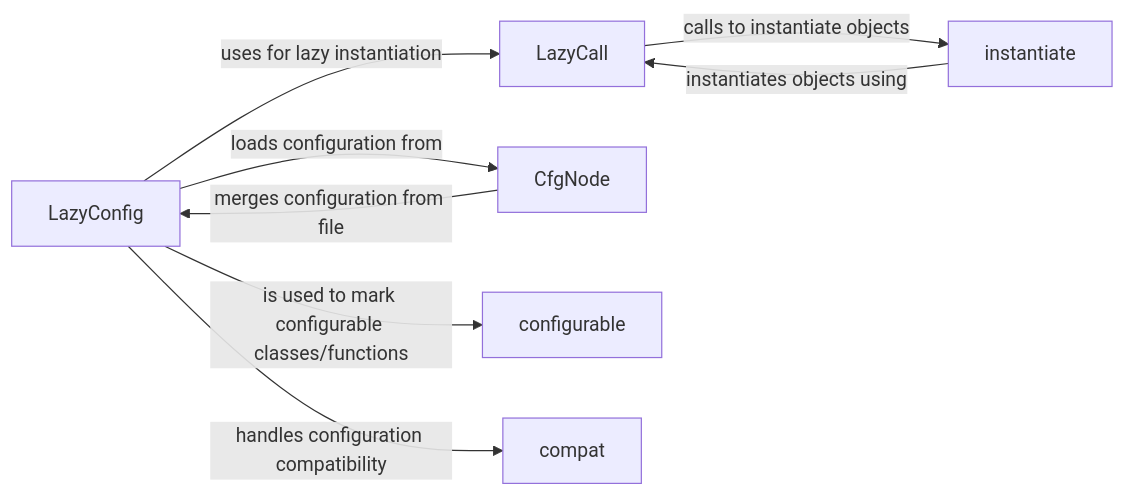
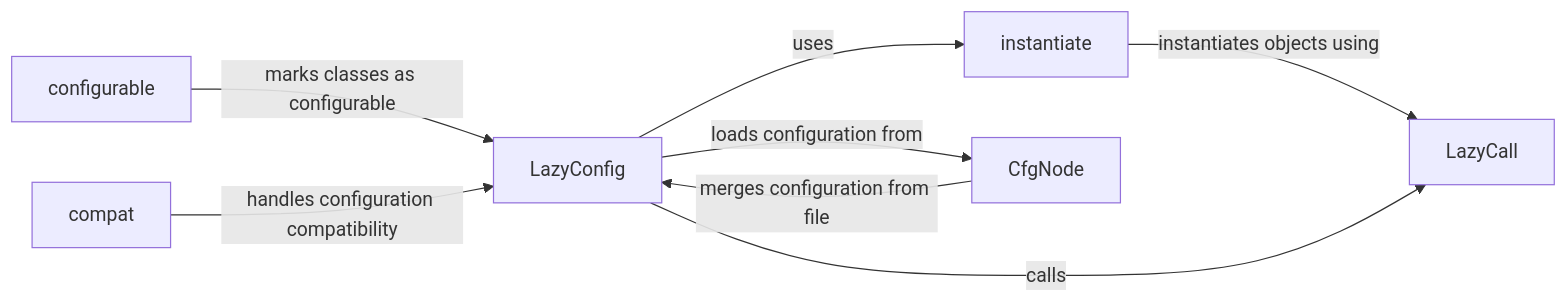
The diagram in detectron2/Configuration Management.md (CodeBoarding/GeneratedOnBoardings), drawn with Mermaid before and after one commit. The commit also changed other lines of this file and 5 other files, not shown here.

````diff
--- a/detectron2/Configuration Management.md
+++ b/detectron2/Configuration Management.md
@@ -1,16 +1,16 @@
 ```mermaid
 graph LR
     LazyConfig["LazyConfig"]
     LazyCall["LazyCall"]
     instantiate["instantiate"]
     CfgNode["CfgNode"]
     configurable["configurable"]
     compat["compat"]
     LazyConfig -- "loads configuration from" --> CfgNode
     instantiate -- "instantiates objects using" --> LazyCall
     CfgNode -- "merges configuration from file" --> LazyConfig
-    LazyConfig -- "uses for lazy instantiation" --> LazyCall
-    LazyConfig -- "is used to mark configurable classes/functions" --> configurable
-    LazyConfig -- "handles configuration compatibility" --> compat
-    LazyCall -- "calls to instantiate objects" --> instantiate
+    configurable -- "marks classes as configurable" --> LazyConfig
+    compat -- "handles configuration compatibility" --> LazyConfig
+    LazyConfig -- "calls" --> LazyCall
+    LazyConfig -- "uses" --> instantiate
 ```
````
